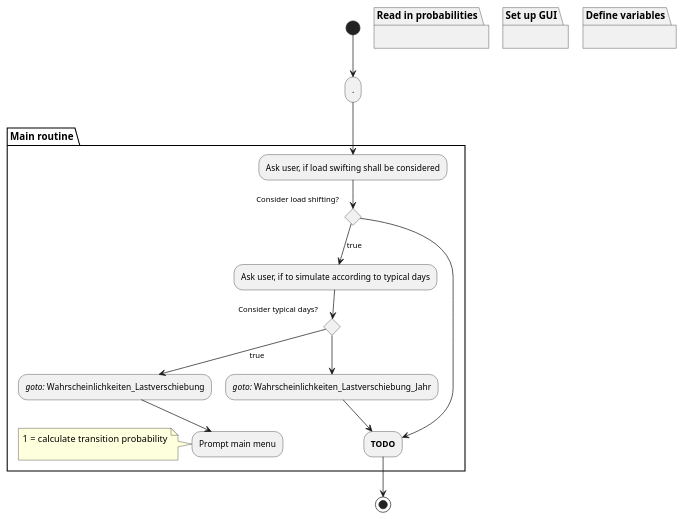
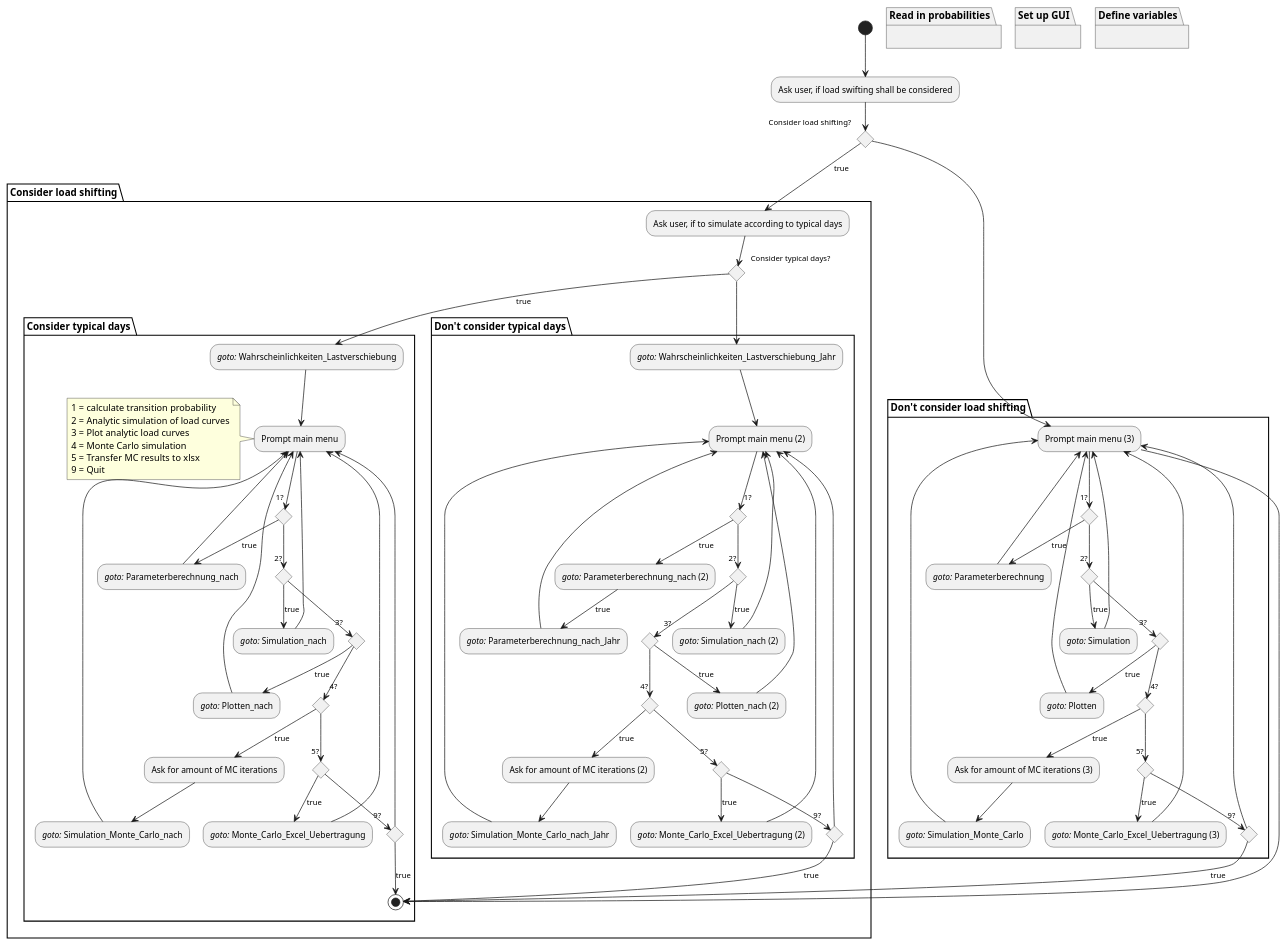
Before and after one commit to ie3-institute/MarkovsHousehold: the diagram in doc/puml/flowChartLegacy.puml, drawn with PlantUML.

Commit message:
Document main routine

```diff
--- a/doc/puml/flowChartLegacy.puml
+++ b/doc/puml/flowChartLegacy.puml
@@ -1,28 +1,124 @@
 @startuml
-(*) --> "."
+(*) --> "Ask user, if load swifting shall be considered"
 partition "Read in probabilities" {
 }
 partition "Set up GUI" {
 }
 partition "Define variables" {
 }
-partition "Main routine" {
-    --> "Ask user, if load swifting shall be considered"
-    if "Consider load shifting?" then
-        -->[true] "Ask user, if to simulate according to typical days"
-        if "Consider typical days?" then
+if "Consider load shifting?" then
+    partition "Consider load shifting" {
+    -->[true] "Ask user, if to simulate according to typical days"
+    if "Consider typical days?" then
+        partition "Consider typical days" {
             -->[true] "//goto:// Wahrscheinlichkeiten_Lastverschiebung"
             --> "Prompt main menu"
-            note left: 1 = calculate transition probability\n
+            note left: 1 = calculate transition probability\n2 = Analytic simulation of load curves\n3 = Plot analytic load curves\n4 = Monte Carlo simulation\n5 = Transfer MC results to xlsx\n9 = Quit
+            if "1?" then
+                -->[true] "//goto:// Parameterberechnung_nach"
+                --> "Prompt main menu"
+            else
+                if "2?" then
+                    -->[true] "//goto:// Simulation_nach"
+                    --> "Prompt main menu"
+                else
+                    if "3?" then
+                        -->[true] "//goto:// Plotten_nach"
+                        --> "Prompt main menu"
+                    else
+                        if "4?" then
+                            -->[true] "Ask for amount of MC iterations"
+                            --> "//goto:// Simulation_Monte_Carlo_nach"
+                            --> "Prompt main menu"
+                        else
+                            if "5?" then
+                                -->[true] "//goto:// Monte_Carlo_Excel_Uebertragung"
+                                --> "Prompt main menu"
+                            else
+                                if "9?" then
+                                    -->[true] (*)
+                                else
+                                    --> "Prompt main menu"
+                                endif
+                            endif
+                        endif
+                    endif
+                endif
+            endif
+        }
+    else
+        partition "Don't consider typical days" {
+            --> "//goto:// Wahrscheinlichkeiten_Lastverschiebung_Jahr"
+            --> "Prompt main menu (2)"
+            if "1?" then
+                -->[true] "//goto:// Parameterberechnung_nach (2)"
+                -->[true] "//goto:// Parameterberechnung_nach_Jahr"
+                --> "Prompt main menu (2)"
+            else
+                if "2?" then
+                    -->[true] "//goto:// Simulation_nach (2)"
+                    --> "Prompt main menu (2)"
+                else
+                    if "3?" then
+                        -->[true] "//goto:// Plotten_nach (2)"
+                        --> "Prompt main menu (2)"
+                    else
+                        if "4?" then
+                            -->[true] "Ask for amount of MC iterations (2)"
+                            --> "//goto:// Simulation_Monte_Carlo_nach_Jahr"
+                            --> "Prompt main menu (2)"
+                        else
+                            if "5?" then
+                                -->[true] "//goto:// Monte_Carlo_Excel_Uebertragung (2)"
+                                --> "Prompt main menu (2)"
+                            else
+                                if "9?" then
+                                    -->[true] (*)
+                                else
+                                    --> "Prompt main menu (2)"
+                                endif
+                            endif
+                        endif
+                    endif
+                endif
+            endif
+        }
+    endif
+    }
+else
+    partition "Don't consider load shifting"
+    --> "Prompt main menu (3)"
+    if "1?" then
+        -->[true] "//goto:// Parameterberechnung"
+        --> "Prompt main menu (3)"
+    else
+        if "2?" then
+            -->[true] "//goto:// Simulation"
+            --> "Prompt main menu (3)"
         else
-            --> "//goto:// Wahrscheinlichkeiten_Lastverschiebung_Jahr"
-            ' TODO
-            --> "**TODO**"
+            if "3?" then
+                -->[true] "//goto:// Plotten"
+                --> "Prompt main menu (3)"
+            else
+                if "4?" then
+                    -->[true] "Ask for amount of MC iterations (3)"
+                    --> "//goto:// Simulation_Monte_Carlo"
+                    --> "Prompt main menu (3)"
+                else
+                    if "5?" then
+                        -->[true] "//goto:// Monte_Carlo_Excel_Uebertragung (3)"
+                        --> "Prompt main menu (3)"
+                    else
+                        if "9?" then
+                            -->[true] (*)
+                        else
+                            --> "Prompt main menu (3)"
+                        endif
+                    endif
+                endif
+            endif
         endif
-    else
-        ' TODO
-        --> "**TODO**"
     endif
-}
+endif
 --> (*)
 @enduml
```
